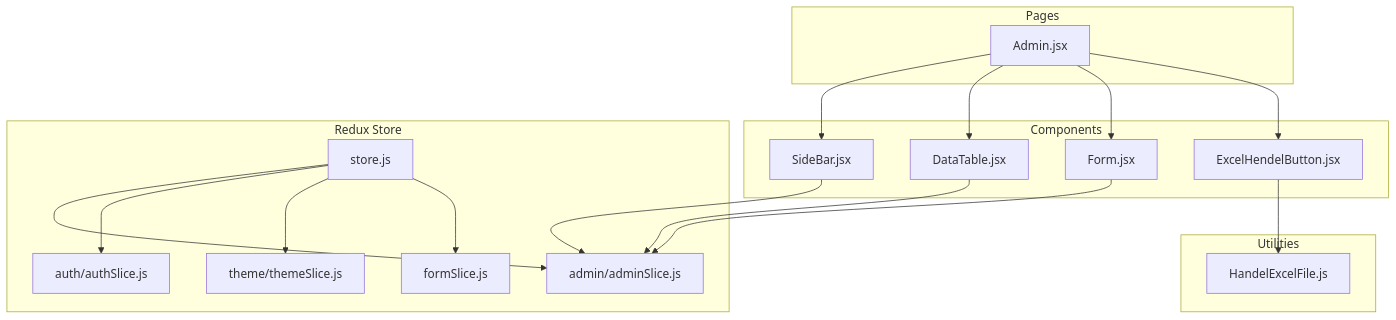
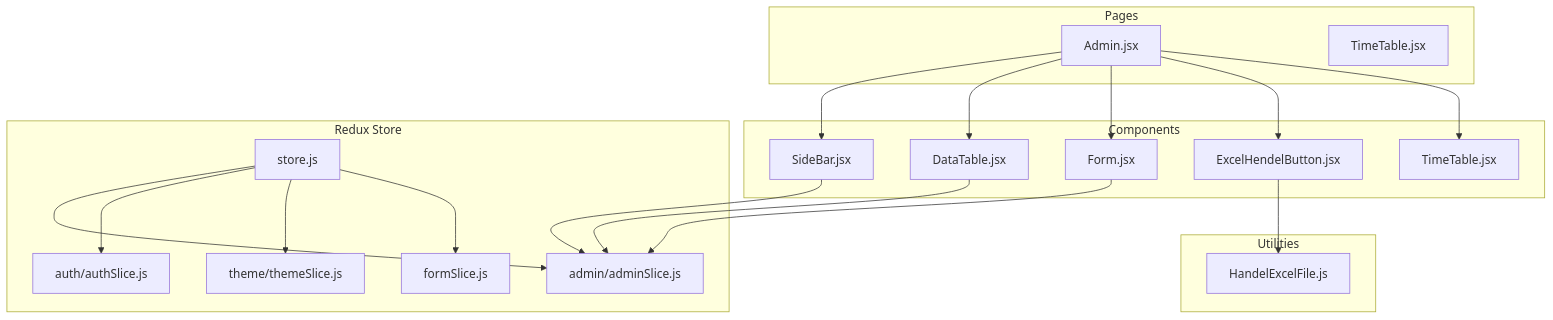
The first of 7 diagrams in .qoder/repowiki/en/content/Component Library/Dashboard Components.md (Aryan9060/Timetable-Project), drawn with Mermaid before and after one commit. The commit also changed other lines of this file and 6 other files, not shown here.

````diff
--- a/.qoder/repowiki/en/content/Component Library/Dashboard Components.md
+++ b/.qoder/repowiki/en/content/Component Library/Dashboard Components.md
@@ -35,34 +46,37 @@
 ```mermaid
 graph TB
 subgraph "Pages"
 AdminPage["Admin.jsx"]
+TimeTable["TimeTable.jsx"]
 end
 subgraph "Components"
 SideBar["SideBar.jsx"]
 DataTable["DataTable.jsx"]
 Form["Form.jsx"]
 ExcelButton["ExcelHendelButton.jsx"]
+TimeTableComp["TimeTable.jsx"]
 end
 subgraph "Redux Store"
 Store["store.js"]
 AdminSlice["admin/adminSlice.js"]
 AuthSlice["auth/authSlice.js"]
 ThemeSlice["theme/themeSlice.js"]
 FormSlice["formSlice.js"]
 end
 subgraph "Utilities"
 ExcelUtils["HandelExcelFile.js"]
 end
 AdminPage --> SideBar
 AdminPage --> DataTable
 AdminPage --> Form
 AdminPage --> ExcelButton
+AdminPage --> TimeTableComp
 SideBar --> AdminSlice
 DataTable --> AdminSlice
 Form --> AdminSlice
 ExcelButton --> ExcelUtils
 Store --> AdminSlice
 Store --> AuthSlice
 Store --> ThemeSlice
 Store --> FormSlice
 ```
````
